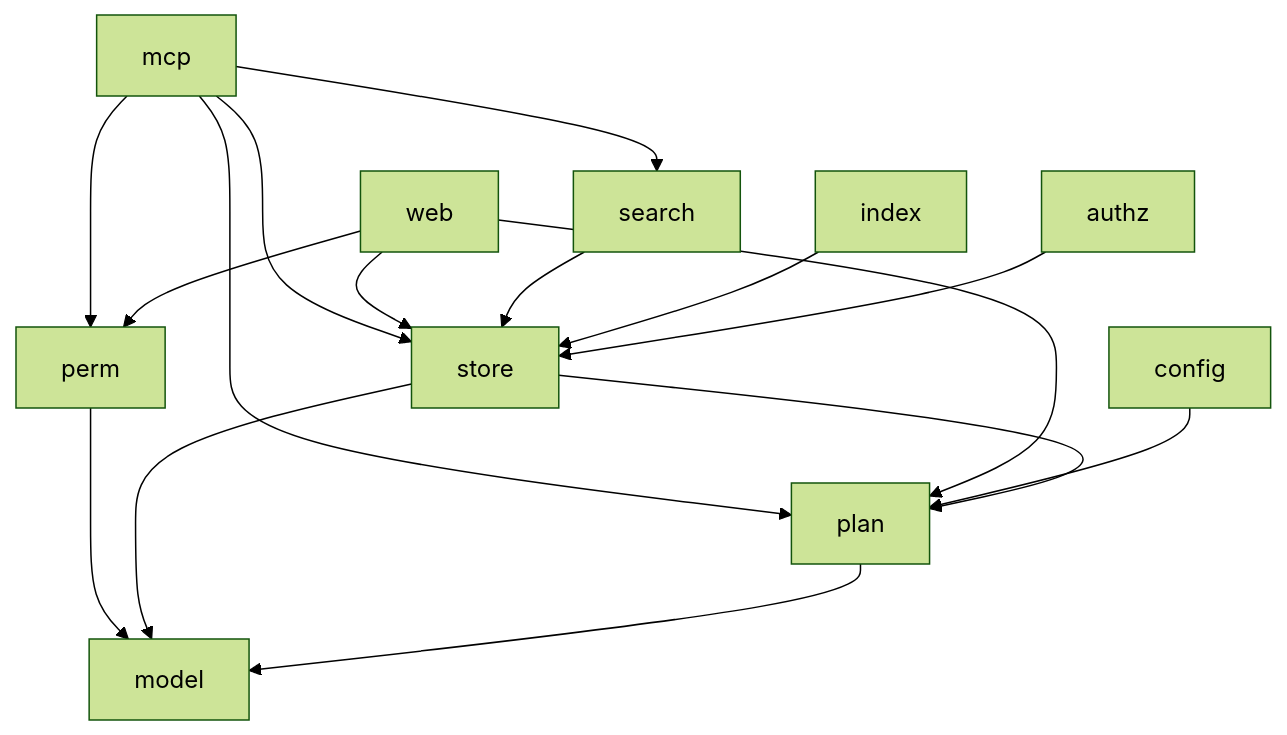
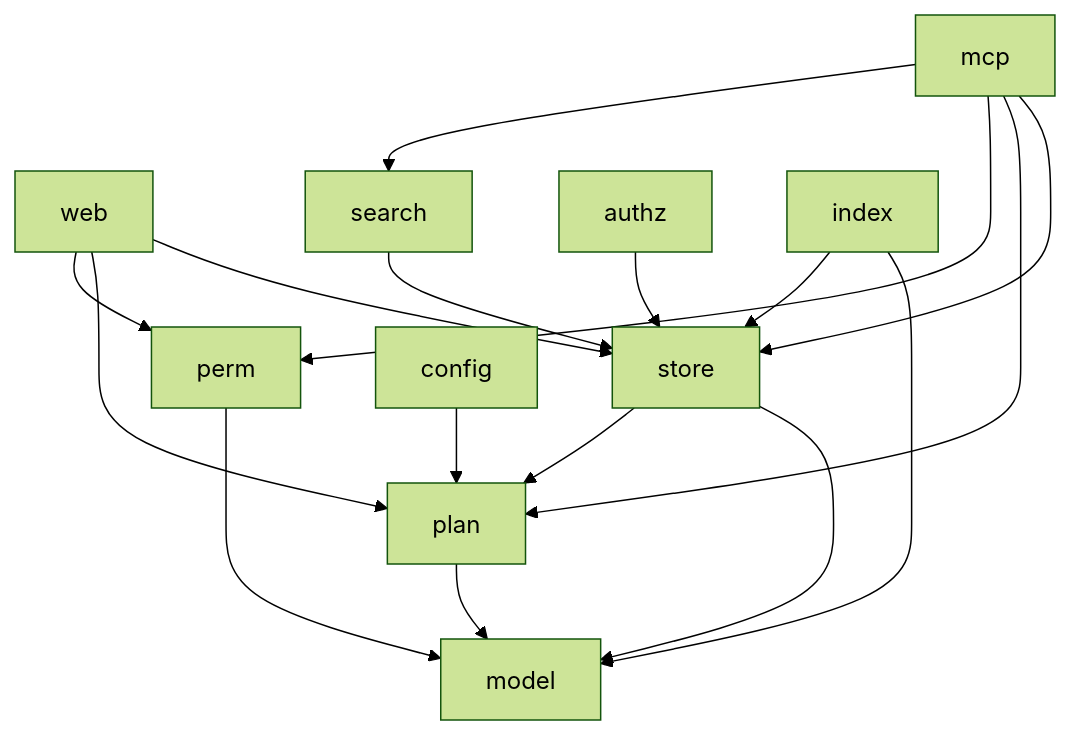
Before and after one commit to Alpha-gone/agent-context-sharing: the third of 9 diagrams in spec/service/agent-context/SDD.md, drawn with Mermaid (forest theme). The commit also changed other lines of this file and 4 other files, not shown here.

````diff
--- a/spec/service/agent-context/SDD.md
+++ b/spec/service/agent-context/SDD.md
@@ -249,29 +251,30 @@
 ```mermaid
 flowchart TB
     Mcp[mcp]
     Web[web]
     Search[search]
     Perm[perm]
     Authz[authz]
     Index[index]
     Store[store]
     Plan[plan]
     Model[model]
     Config[config]
 
     Mcp --> Search
     Mcp --> Perm
     Mcp --> Plan
     Mcp --> Store
     Web --> Perm
     Web --> Plan
     Web --> Store
     Search --> Store
     Perm --> Model
     Index --> Store
+    Index --> Model
     Authz --> Store
     Config --> Plan
     Store --> Plan
     Store --> Model
     Plan --> Model
 ```
````
